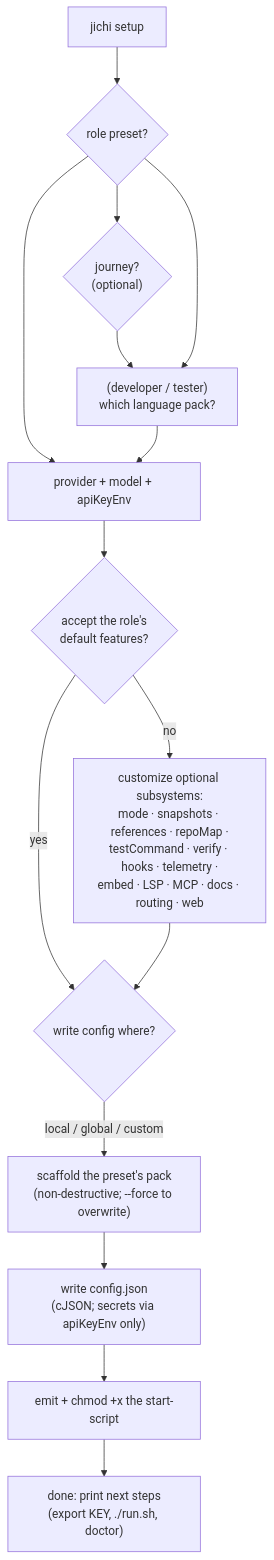
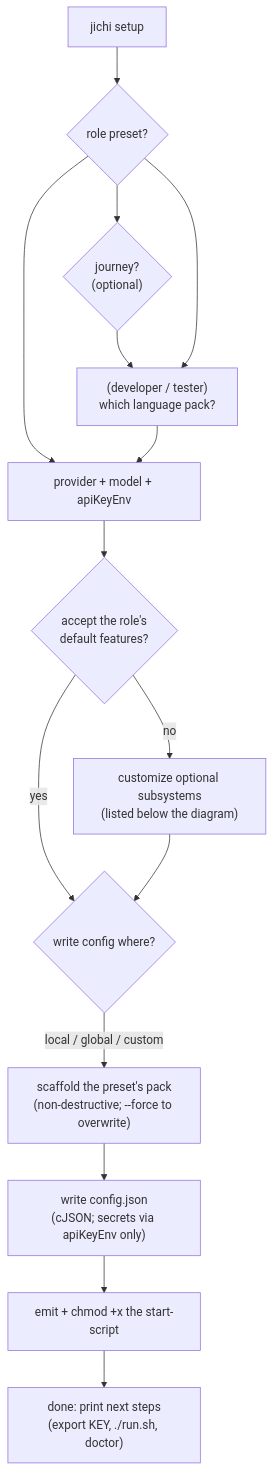
Before and after one commit to alexanderlarsdallmann/jichi: the diagram in docs/SETUP_WIZARD.md, drawn with Mermaid. The commit also changed other lines of this file and 983 other files, not shown here.

````diff
--- a/docs/SETUP_WIZARD.md
+++ b/docs/SETUP_WIZARD.md
@@ -27,17 +33,17 @@
 ```mermaid
 flowchart TD
   S["jichi setup"] --> R{"role preset?"}
   R --> J{"journey?\n(optional)"}
   J --> L
   R --> L["(developer / tester)\nwhich language pack?"]
   R --> M["provider + model + apiKeyEnv"]
   L --> M
   M --> A{"accept the role's\ndefault features?"}
   A -->|yes| W{"write config where?"}
-  A -->|no| O["customize optional subsystems:\nmode · snapshots · references · repoMap ·\ntestCommand · verify · hooks · telemetry ·\nembed · LSP · MCP · docs · routing · web"]
+  A -->|no| O["customize optional subsystems\n(listed below the diagram)"]
   O --> W
   W -->|"local / global / custom"| SC["scaffold the preset's pack\n(non-destructive; --force to overwrite)"]
   SC --> CF["write config.json\n(cJSON; secrets via apiKeyEnv only)"]
   CF --> SH["emit + chmod +x the start-script"]
   SH --> D["done: print next steps\n(export KEY, ./run.sh, doctor)"]
 ```
````
